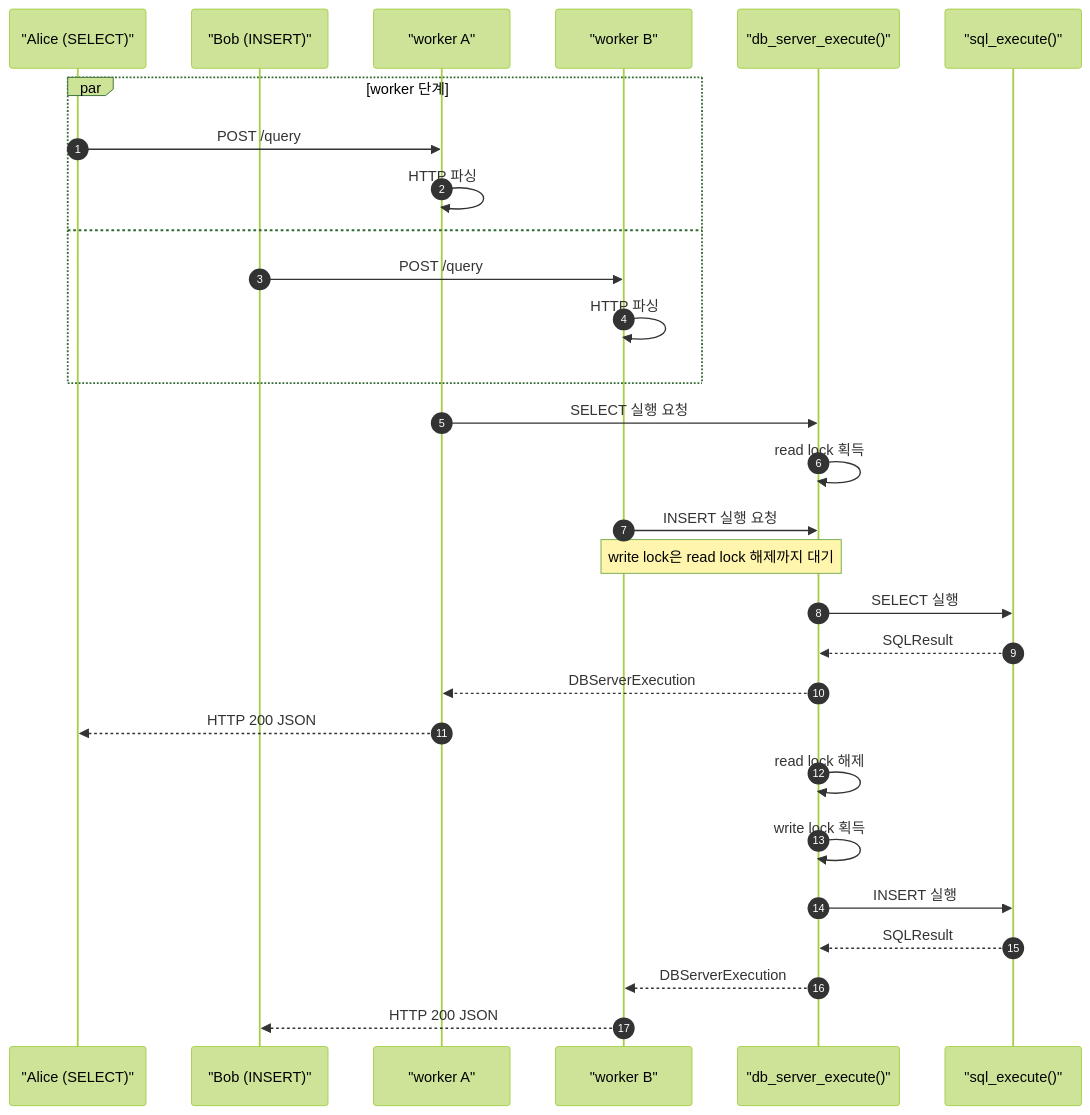
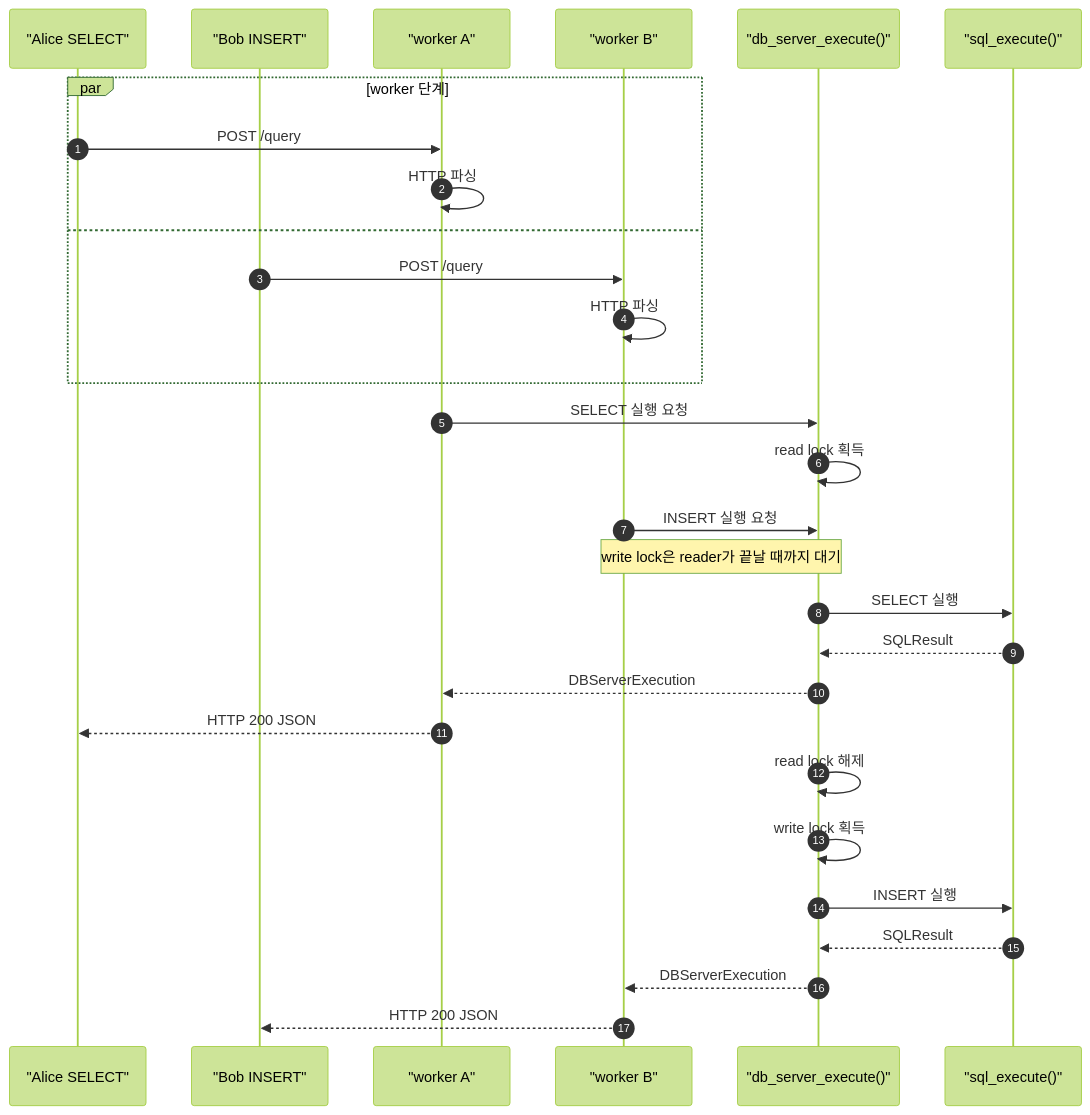
One commit to Jungle-12-303/wk8-team4-sql-api changed the second of 2 diagrams in README.md. Above: the diagram before and after it, drawn with Mermaid (forest theme). The commit also changed other lines of this file and 1 other file, not shown here.

Commit message:
docs: align presentation flow with README

````diff
--- a/README.md
+++ b/README.md
@@ -65,34 +100,34 @@
 ```mermaid
 sequenceDiagram
     autonumber
-    participant Alice as "Alice (SELECT)"
-    participant Bob as "Bob (INSERT)"
+    participant Alice as "Alice SELECT"
+    participant Bob as "Bob INSERT"
     participant WA as "worker A"
     participant WB as "worker B"
     participant DB as "db_server_execute()"
     participant Core as "sql_execute()"
 
     par worker 단계
         Alice->>WA: POST /query
         WA->>WA: HTTP 파싱
     and
         Bob->>WB: POST /query
         WB->>WB: HTTP 파싱
     end
 
     WA->>DB: SELECT 실행 요청
     DB->>DB: read lock 획득
     WB->>DB: INSERT 실행 요청
-    Note over WB,DB: write lock은 read lock 해제까지 대기
+    Note over WB,DB: write lock은 reader가 끝날 때까지 대기
     DB->>Core: SELECT 실행
     Core-->>DB: SQLResult
     DB-->>WA: DBServerExecution
     WA-->>Alice: HTTP 200 JSON
     DB->>DB: read lock 해제
 
     DB->>DB: write lock 획득
     DB->>Core: INSERT 실행
     Core-->>DB: SQLResult
     DB-->>WB: DBServerExecution
     WB-->>Bob: HTTP 200 JSON
 ```
````
